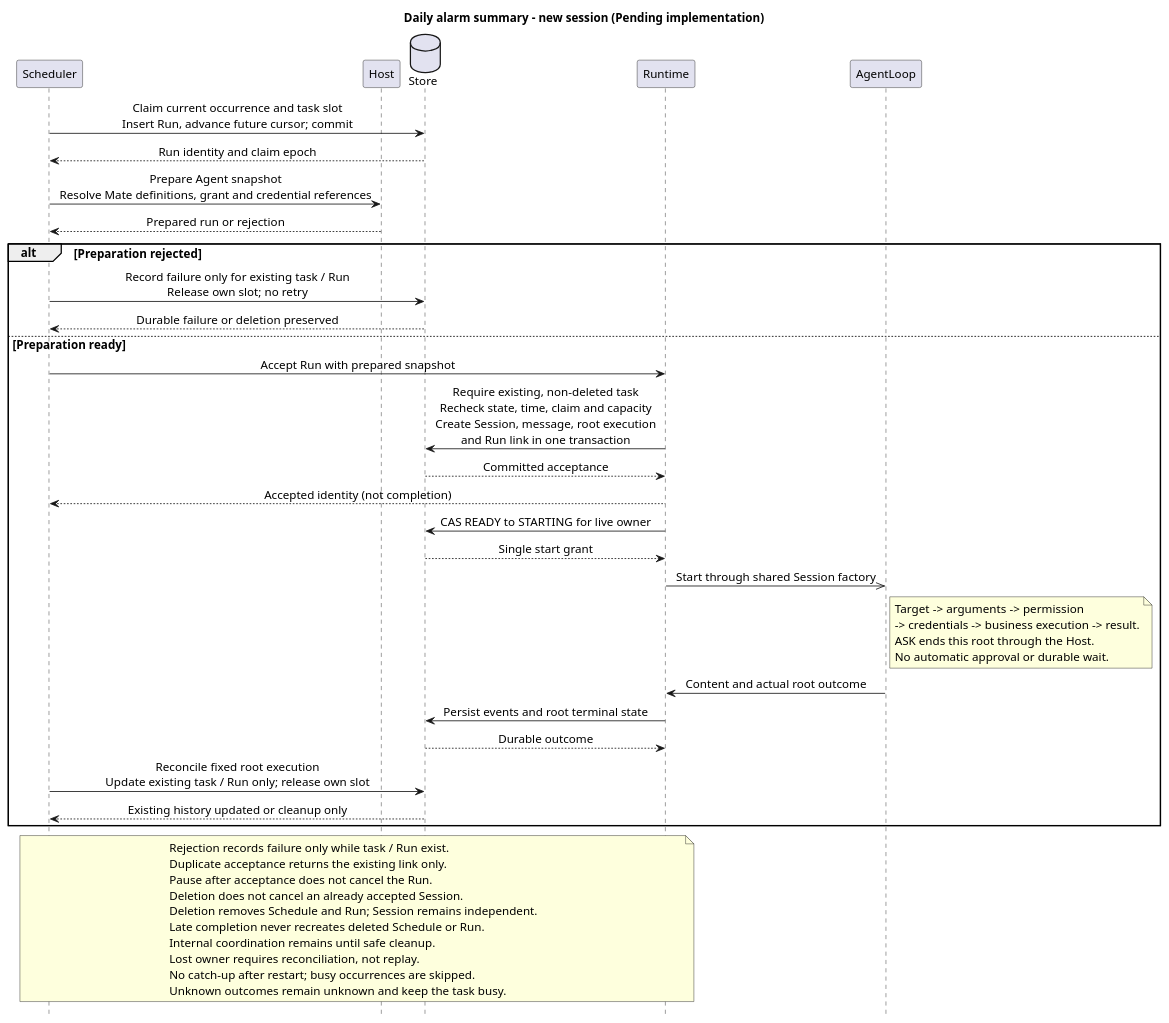
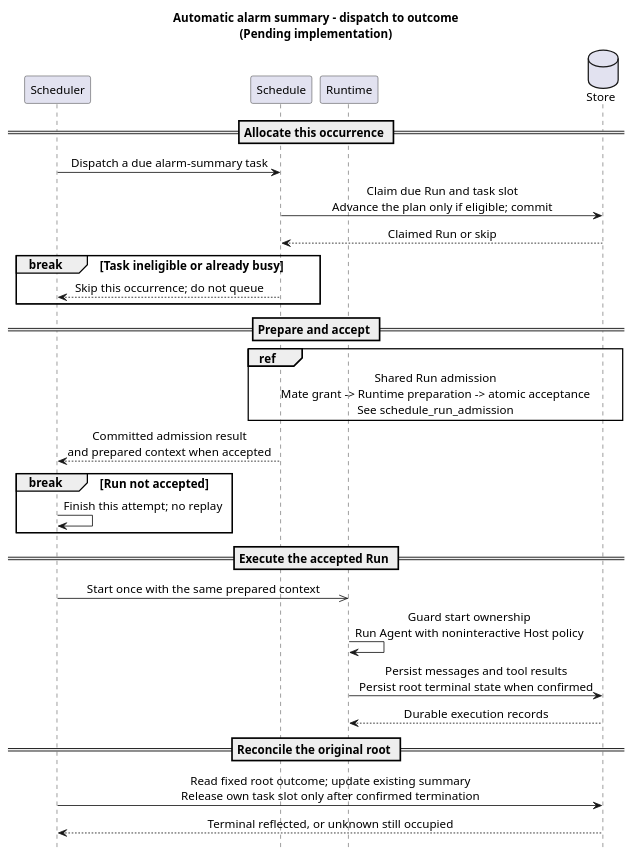
Before and after one commit to ssm0808/pi-mono-java-design: the first of 5 diagrams in 01-总体架构/08-CampusClaw定时任务/diagram.puml, drawn with PlantUML. The commit also changed other lines of this file and 10 other files, not shown here.

Commit message:
docs(schedule): clarify sequence roles and shared admission

```diff
--- a/01-总体架构/08-CampusClaw定时任务/diagram.puml
+++ b/01-总体架构/08-CampusClaw定时任务/diagram.puml
@@ -1,60 +1,43 @@
 @startuml scheduled_run_sequence
-' Baseline: Claude scheduled-deployments, checked 2026-09-29, Beta.
+' Java baseline: 553dcd5e2ff682f9684810a043b442b37a02e54a; main fetched 2026-10-08 (unchanged).
 ' Source: modules/cron/src/main/java/com/campusclaw/cron/engine/CronEngine.java executeAndReschedule.
-' Source: modules/coding-agent-cli/src/main/java/com/campusclaw/codingagent/runtimeapi/persistence/RuntimeExecutionPersistenceService.java acceptMessage.
+' Source: modules/coding-agent-cli/src/main/java/com/campusclaw/codingagent/runtimeapi/event/RuntimeExecutionCoordinator.java start.
 ' Source: modules/coding-agent-cli/src/main/java/com/campusclaw/codingagent/runtimeapi/event/RuntimeEventOutput.java persistenceOnly.
-' Java baseline: 553dcd5e2ff682f9684810a043b442b37a02e54a.
-' Design reason: durable occurrence and atomic acceptance, guarded against deletion, precede external work.
-' Architecture change: scheduled acceptance and persistent Cron sessions are Pending implementation.
-' Product constraints: no catch-up, skip when busy, no replay after failure or lost ownership.
-' Product constraints: Mate supplies trusted definitions and credentials; no interactive scheduled work.
-title Daily alarm summary - new session (Pending implementation)
+' Presentation: Scheduler owns dispatch and reconciliation; Schedule owns preparation and admission.
+' Design reason: separate durable admission from Runtime execution and its actual outcome.
+' Target: Pending implementation; no catch-up, no replay, unknown outcomes keep the task busy.
+title Automatic alarm summary - dispatch to outcome\n(Pending implementation)
 hide footbox
 skinparam backgroundColor white
 skinparam defaultFontSize 14
 skinparam sequenceMessageAlign center
 participant Scheduler
-participant Host
+participant Schedule
+participant Runtime
 database Store
-participant Runtime
-participant AgentLoop
-Scheduler -> Store : Claim current occurrence and task slot\nInsert Run, advance future cursor; commit
-Store --> Scheduler : Run identity and claim epoch
-Scheduler -> Host : Prepare Agent snapshot\nResolve Mate definitions, grant and credential references
-Host --> Scheduler : Prepared run or rejection
-alt Preparation rejected
-  Scheduler -> Store : Record failure only for existing task / Run\nRelease own slot; no retry
-  Store --> Scheduler : Durable failure or deletion preserved
-else Preparation ready
-  Scheduler -> Runtime : Accept Run with prepared snapshot
-  Runtime -> Store : Require existing, non-deleted task\nRecheck state, time, claim and capacity\nCreate Session, message, root execution\nand Run link in one transaction
-  Store --> Runtime : Committed acceptance
-  Runtime --> Scheduler : Accepted identity (not completion)
-  Runtime -> Store : CAS READY to STARTING for live owner
-  Store --> Runtime : Single start grant
-  Runtime ->> AgentLoop : Start through shared Session factory
-  note right of AgentLoop
-    Target -> arguments -> permission
-    -> credentials -> business execution -> result.
-    ASK ends this root through the Host.
-    No automatic approval or durable wait.
-  end note
-  AgentLoop -> Runtime : Content and actual root outcome
-  Runtime -> Store : Persist events and root terminal state
-  Store --> Runtime : Durable outcome
-  Scheduler -> Store : Reconcile fixed root execution\nUpdate existing task / Run only; release own slot
-  Store --> Scheduler : Existing history updated or cleanup only
+== Allocate this occurrence ==
+Scheduler -> Schedule : Dispatch a due alarm-summary task
+Schedule -> Store : Claim due Run and task slot\nAdvance the plan only if eligible; commit
+Store --> Schedule : Claimed Run or skip
+break Task ineligible or already busy
+  Schedule --> Scheduler : Skip this occurrence; do not queue
 end
-note over Scheduler, Runtime
-  Rejection records failure only while task / Run exist.
-  Duplicate acceptance returns the existing link only.
-  Pause after acceptance does not cancel the Run.
-  Deletion does not cancel an already accepted Session.
-  Deletion removes Schedule and Run; Session remains independent.
-  Late completion never recreates deleted Schedule or Run.
-  Internal coordination remains until safe cleanup.
-  Lost owner requires reconciliation, not replay.
-  No catch-up after restart; busy occurrences are skipped.
-  Unknown outcomes remain unknown and keep the task busy.
-end note
+== Prepare and accept ==
+ref over Schedule, Store
+  Shared Run admission
+  Mate grant -> Runtime preparation -> atomic acceptance
+  See schedule_run_admission
+end ref
+Schedule --> Scheduler : Committed admission result\nand prepared context when accepted
+break Run not accepted
+  Scheduler -> Scheduler : Finish this attempt; no replay
+end
+== Execute the accepted Run ==
+Scheduler ->> Runtime : Start once with the same prepared context
+Runtime -> Runtime : Guard start ownership\nRun Agent with noninteractive Host policy
+Runtime -> Store : Persist messages and tool results\nPersist root terminal state when confirmed
+Store --> Runtime : Durable execution records
+== Reconcile the original root ==
+Scheduler -> Store : Read fixed root outcome; update existing summary\nRelease own task slot only after confirmed termination
+Store --> Scheduler : Terminal reflected, or unknown still occupied
 @enduml
```
